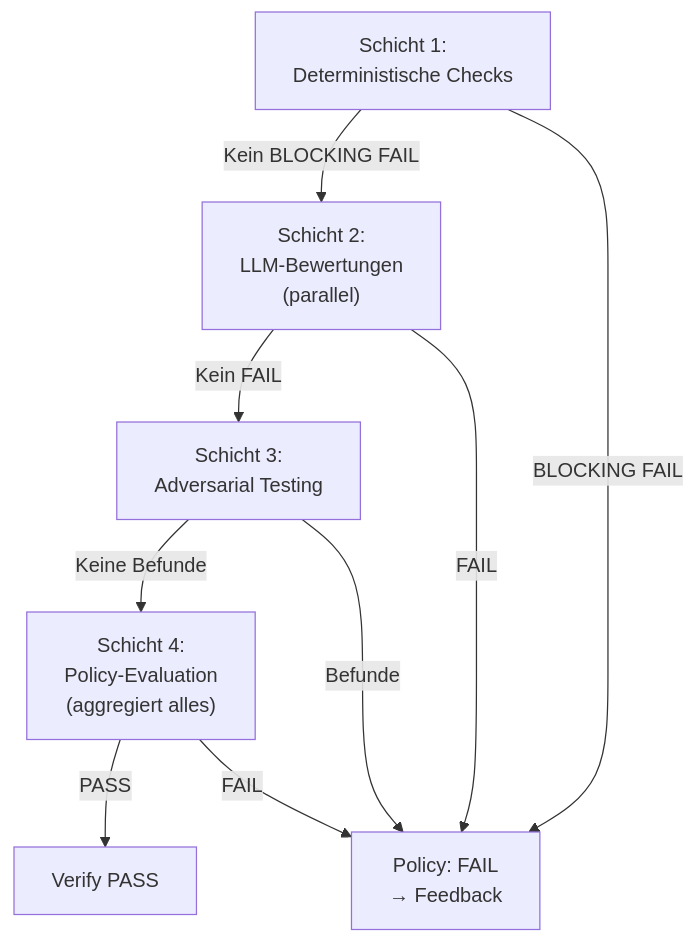
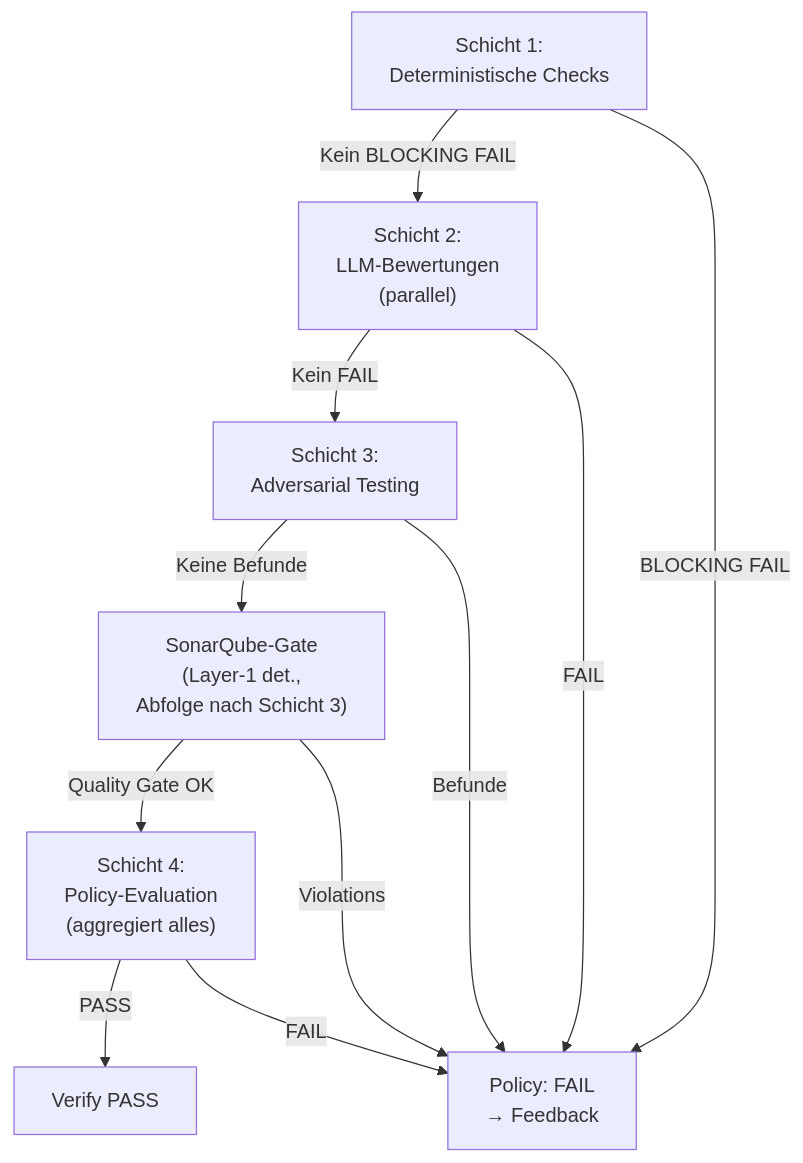
One commit to saltenhof/claude-agentkit3 changed the diagram in concept/technical-design/33_deterministische_checks_stage_registry_policy_engine.md. Above: the diagram before and after it, drawn with Mermaid. The commit also changed other lines of this file and 39 other files, not shown here.

First line of the commit message:
docs(concept): SonarQube-Green-Gate verankern (3-Punkt-Lifecycle-Gate + Formal-Spec)

````diff
--- a/concept/technical-design/33_deterministische_checks_stage_registry_policy_engine.md
+++ b/concept/technical-design/33_deterministische_checks_stage_registry_policy_engine.md
@@ -673,14 +833,17 @@
 ```mermaid
 flowchart TD
     S1["Schicht 1:<br/>Deterministische Checks"] -->|"Kein BLOCKING FAIL"| S2
     S1 -->|"BLOCKING FAIL"| STOP["Policy: FAIL<br/>→ Feedback"]
 
     S2["Schicht 2:<br/>LLM-Bewertungen<br/>(parallel)"] -->|"Kein FAIL"| S3
     S2 -->|"FAIL"| STOP
 
-    S3["Schicht 3:<br/>Adversarial Testing"] -->|"Keine Befunde"| S4
+    S3["Schicht 3:<br/>Adversarial Testing"] -->|"Keine Befunde"| SONAR
     S3 -->|"Befunde"| STOP
+
+    SONAR["SonarQube-Gate<br/>(Layer-1 det.,<br/>Abfolge nach Schicht 3)"] -->|"Quality Gate OK"| S4
+    SONAR -->|"Violations"| STOP
 
     S4["Schicht 4:<br/>Policy-Evaluation<br/>(aggregiert alles)"] -->|"PASS"| DONE["Verify PASS"]
     S4 -->|"FAIL"| STOP
 ```
````
